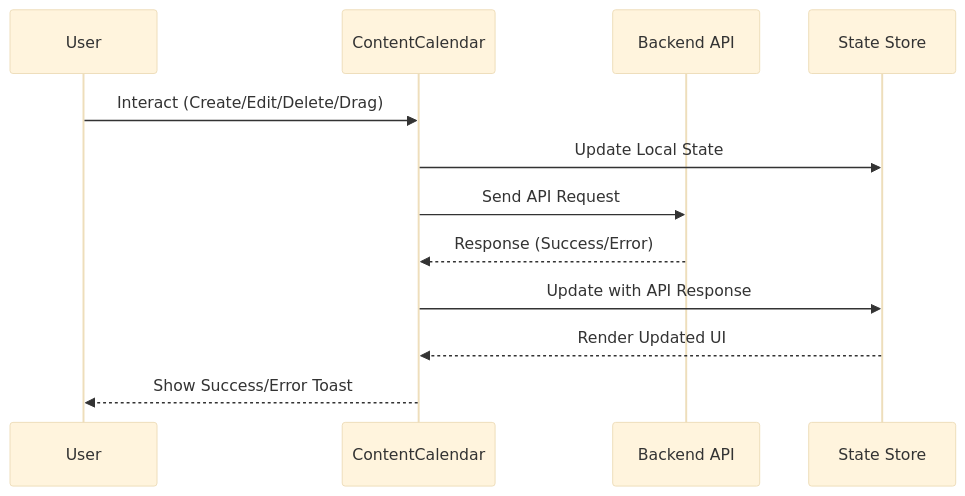
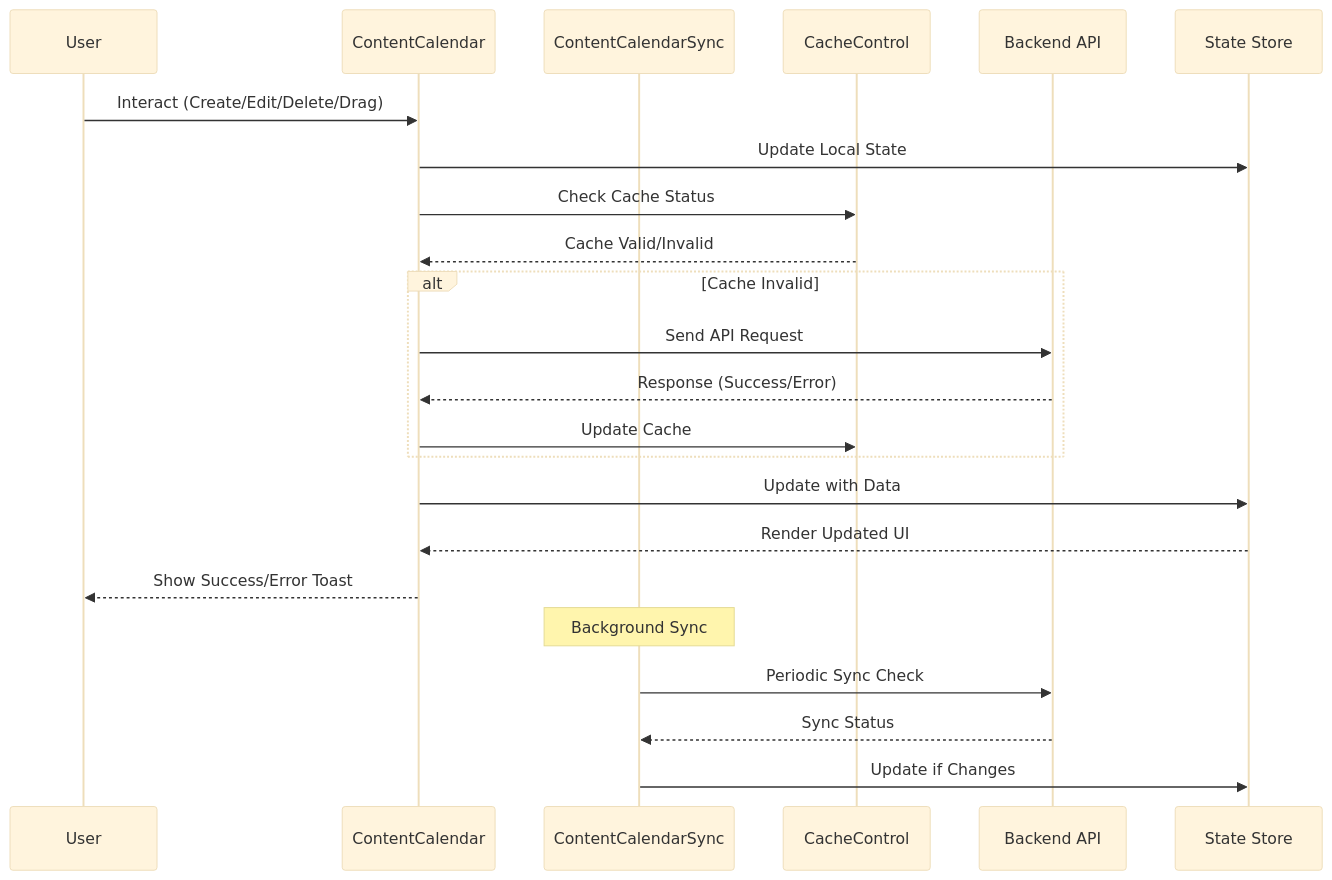
The second of 3 diagrams in DOCS/components/calendar/ContentCalendar.md (gedeza/thrive-send), drawn with Mermaid (base theme) before and after one commit. The commit also changed other lines of this file, not shown here.

Commit message:
modified:   DOCS/components/calendar/ContentCalendar.md

````diff
--- a/DOCS/components/calendar/ContentCalendar.md
+++ b/DOCS/components/calendar/ContentCalendar.md
@@ -60,15 +82,29 @@
 ```mermaid
 sequenceDiagram
     participant U as User
     participant CC as ContentCalendar
+    participant CCS as ContentCalendarSync
+    participant Cache as CacheControl
     participant API as Backend API
     participant Store as State Store
     
     U->>CC: Interact (Create/Edit/Delete/Drag)
     CC->>Store: Update Local State
-    CC->>API: Send API Request
-    API-->>CC: Response (Success/Error)
-    CC->>Store: Update with API Response
+    CC->>Cache: Check Cache Status
+    Cache-->>CC: Cache Valid/Invalid
+    
+    alt Cache Invalid
+        CC->>API: Send API Request
+        API-->>CC: Response (Success/Error)
+        CC->>Cache: Update Cache
+    end
+    
+    CC->>Store: Update with Data
     Store-->>CC: Render Updated UI
     CC-->>U: Show Success/Error Toast
+    
+    Note over CCS: Background Sync
+    CCS->>API: Periodic Sync Check
+    API-->>CCS: Sync Status
+    CCS->>Store: Update if Changes
 ```
````
